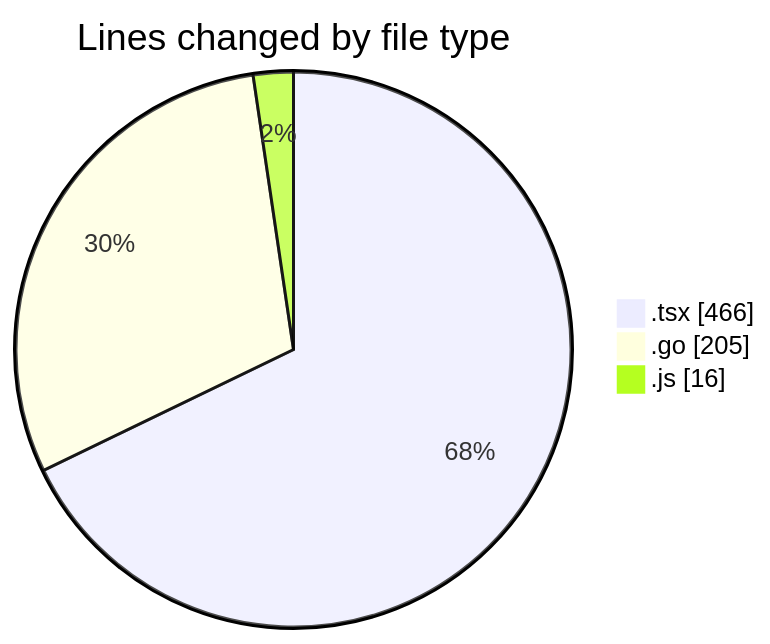
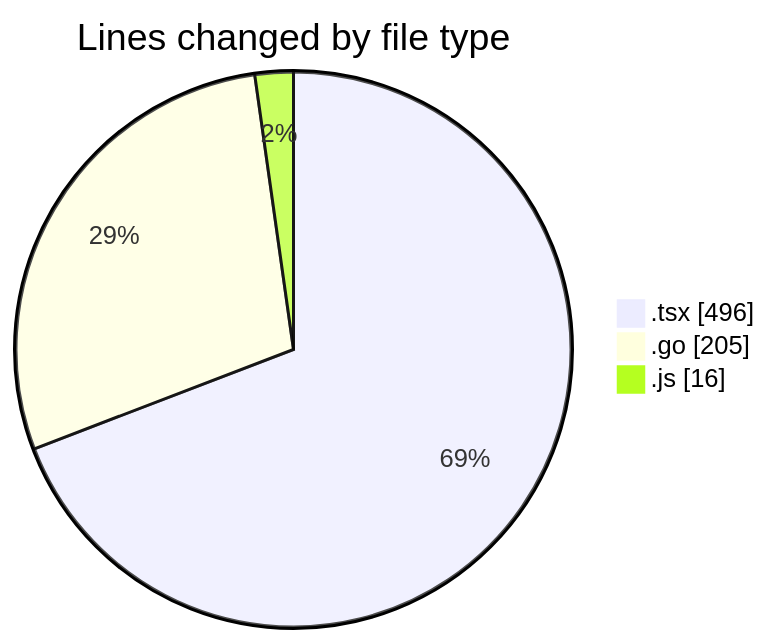
The first of 2 diagrams in 2025-03-04/termonied_testador/README.md (robertbonfada/code-tracking), drawn with Mermaid before and after one commit. The commit also changed other lines of this file and 1 other file, not shown here.

````diff
--- a/2025-03-04/termonied_testador/README.md
+++ b/2025-03-04/termonied_testador/README.md
@@ -25,7 +25,7 @@
 ```mermaid
 pie showData
 title Lines changed by file type
-".tsx" : 466
+".tsx" : 496
 ".go" : 205
 ".js" : 16
 ```
````
